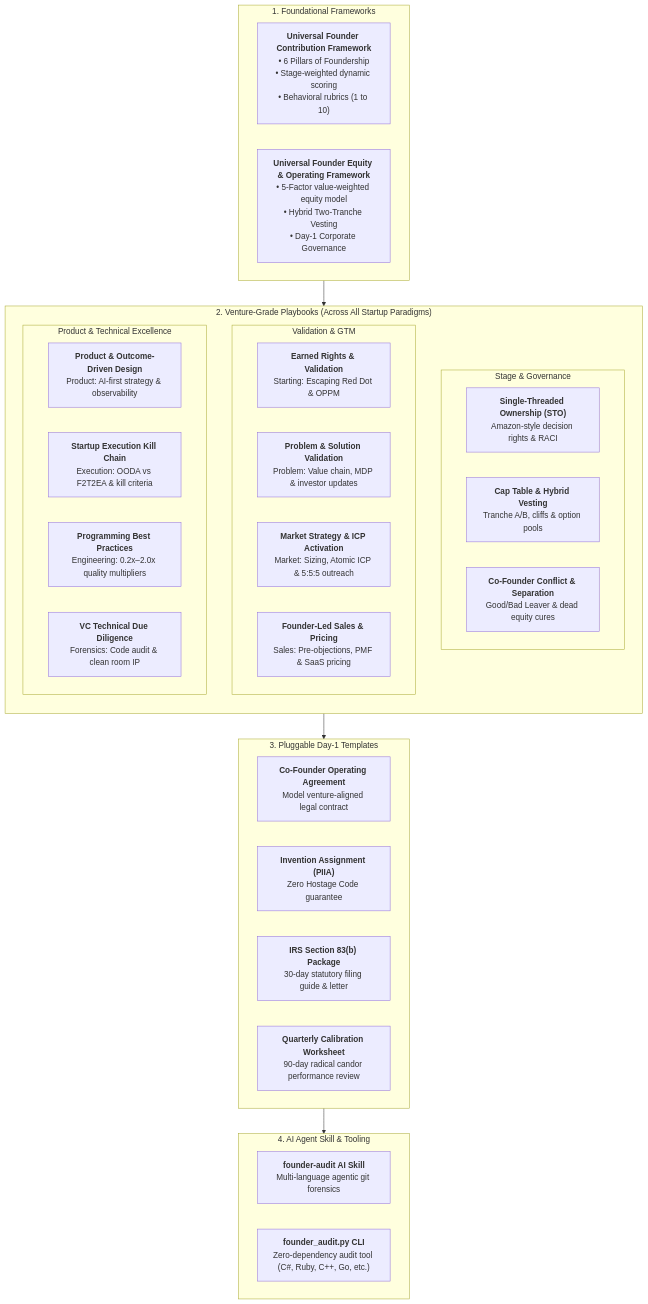
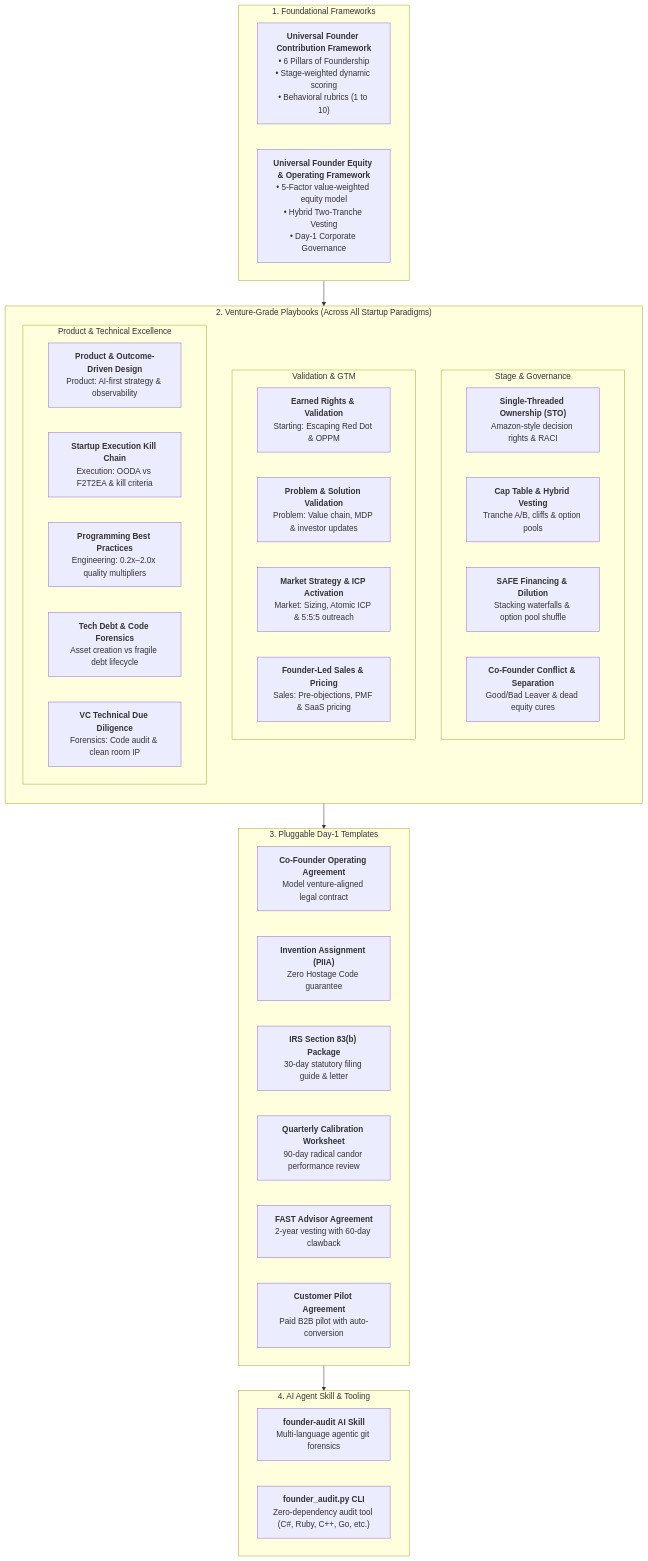
One commit to ranjandahal/founders-framework changed the diagram in README.md. Above: the diagram before and after it, drawn with Mermaid. The commit also changed other lines of this file and 4 other files, not shown here.

Commit message:
feat: add Technical Debt Forensics, SAFE Dilution Waterfall, FAST Advisor Agreement, and Customer Pilot Agreement

````diff
--- a/README.md
+++ b/README.md
@@ -26,44 +26,48 @@
 ```mermaid
 graph TD
     subgraph Core ["1. Foundational Frameworks"]
         UFCF["<b>Universal Founder Contribution Framework</b><br/>• 6 Pillars of Foundership<br/>• Stage-weighted dynamic scoring<br/>• Behavioral rubrics (1 to 10)"]
         UEOF["<b>Universal Founder Equity & Operating Framework</b><br/>• 5-Factor value-weighted equity model<br/>• Hybrid Two-Tranche Vesting<br/>• Day-1 Corporate Governance"]
     end
 
     subgraph Playbooks ["2. Venture-Grade Playbooks (Across All Startup Paradigms)"]
         direction TB
         subgraph Stage1 ["Stage & Governance"]
             STO["<b>Single-Threaded Ownership (STO)</b><br/>Amazon-style decision rights & RACI"]
             CAP["<b>Cap Table & Hybrid Vesting</b><br/>Tranche A/B, cliffs & option pools"]
+            SAFE["<b>SAFE Financing & Dilution</b><br/>Stacking waterfalls & option pool shuffle"]
             CONF["<b>Co-Founder Conflict & Separation</b><br/>Good/Bad Leaver & dead equity cures"]
         end
         subgraph Stage2 ["Validation & GTM"]
             START["<b>Earned Rights & Validation</b><br/>Starting: Escaping Red Dot & OPPM"]
             PROB["<b>Problem & Solution Validation</b><br/>Problem: Value chain, MDP & investor updates"]
             MKT["<b>Market Strategy & ICP Activation</b><br/>Market: Sizing, Atomic ICP & 5:5:5 outreach"]
             SALES["<b>Founder-Led Sales & Pricing</b><br/>Sales: Pre-objections, PMF & SaaS pricing"]
         end
         subgraph Stage3 ["Product & Technical Excellence"]
             PROD["<b>Product & Outcome-Driven Design</b><br/>Product: AI-first strategy & observability"]
             KILL["<b>Startup Execution Kill Chain</b><br/>Execution: OODA vs F2T2EA & kill criteria"]
             ENG["<b>Programming Best Practices</b><br/>Engineering: 0.2x–2.0x quality multipliers"]
+            DEBT["<b>Tech Debt & Code Forensics</b><br/>Asset creation vs fragile debt lifecycle"]
             DIL["<b>VC Technical Due Diligence</b><br/>Forensics: Code audit & clean room IP"]
         end
     end
 
     subgraph Legal ["3. Pluggable Day-1 Templates"]
         AGR["<b>Co-Founder Operating Agreement</b><br/>Model venture-aligned legal contract"]
         PIIA["<b>Invention Assignment (PIIA)</b><br/>Zero Hostage Code guarantee"]
         TAX["<b>IRS Section 83(b) Package</b><br/>30-day statutory filing guide & letter"]
         FCR["<b>Quarterly Calibration Worksheet</b><br/>90-day radical candor performance review"]
+        FAST["<b>FAST Advisor Agreement</b><br/>2-year vesting with 60-day clawback"]
+        PILOT["<b>Customer Pilot Agreement</b><br/>Paid B2B pilot with auto-conversion"]
     end
 
     subgraph Automation ["4. AI Agent Skill & Tooling"]
         SKILL["<b>founder-audit AI Skill</b><br/>Multi-language agentic git forensics"]
         CLI["<b>founder_audit.py CLI</b><br/>Zero-dependency audit tool (C#, Ruby, C++, Go, etc.)"]
     end
 
     Core --> Playbooks
     Playbooks --> Legal
     Legal --> Automation
 ```
````
